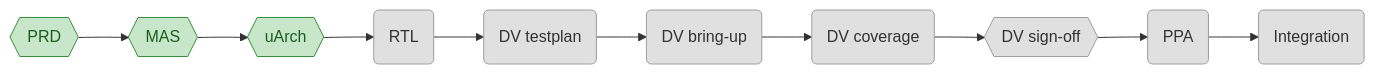
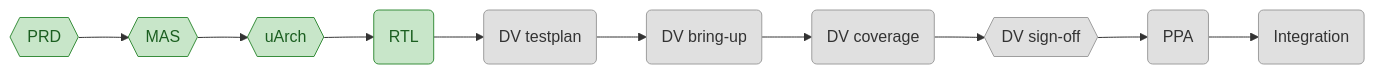
One commit to matanco64/HWSW_Project changed the first of 3 diagrams in hw/PROGRESS.md. Above: the diagram before and after it, drawn with Mermaid. The commit also changed other lines of this file and 8 other files, not shown here.

First line of the commit message:
hw: grape_pipeline RTL stage done — Yosys area gate closed after scr_fwd synthesizability fixes

````diff
--- a/hw/PROGRESS.md
+++ b/hw/PROGRESS.md
@@ -10,21 +10,21 @@
 ```mermaid
 flowchart LR
     prd{{PRD}}
     mas{{MAS}}
     uarch{{uArch}}
     rtl(RTL)
     dv_testplan(DV testplan)
     dv_bringup(DV bring-up)
     dv_coverage(DV coverage)
     dv_signoff{{DV sign-off}}
     ppa(PPA)
     integration(Integration)
     prd --> mas --> uarch --> rtl --> dv_testplan --> dv_bringup --> dv_coverage --> dv_signoff --> ppa --> integration
     classDef todo fill:#e0e0e0,stroke:#9e9e9e,color:#333
     classDef in_progress fill:#bbdefb,stroke:#1976d2,color:#0d47a1
     classDef review fill:#ffe0b2,stroke:#f57c00,color:#e65100
     classDef done fill:#c8e6c9,stroke:#388e3c,color:#1b5e20
     classDef blocked fill:#ffcdd2,stroke:#d32f2f,color:#b71c1c
-    class rtl,dv_testplan,dv_bringup,dv_coverage,dv_signoff,ppa,integration todo
-    class prd,mas,uarch done
+    class dv_testplan,dv_bringup,dv_coverage,dv_signoff,ppa,integration todo
+    class prd,mas,uarch,rtl done
 ```
````
